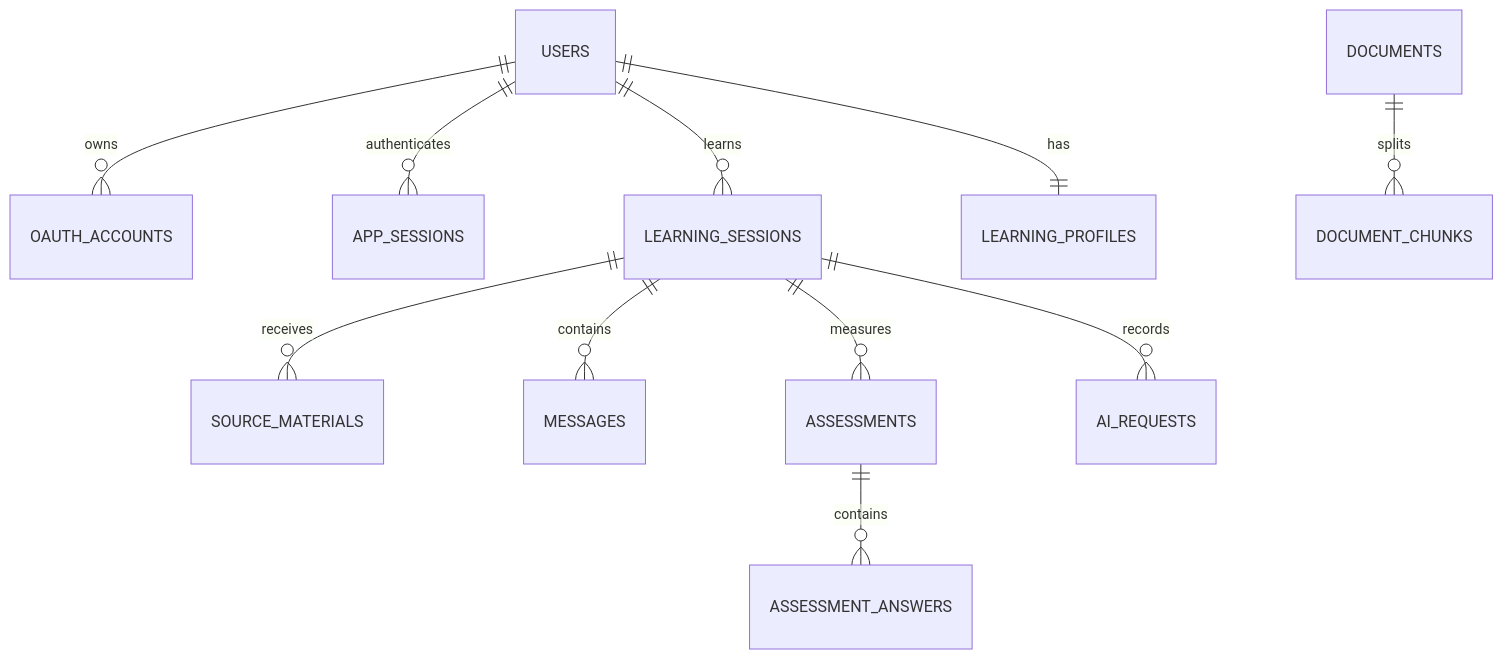
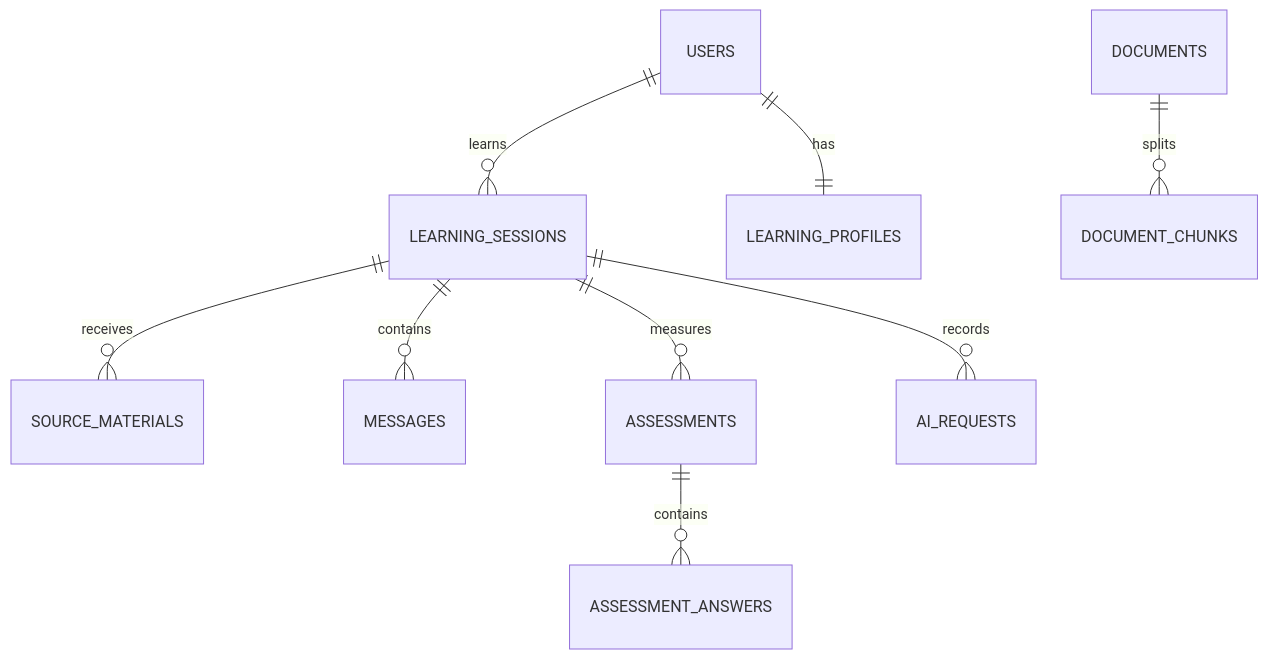
The diagram in docs/data-model.md (SteveJO789/LearnlyAi), drawn with Mermaid before and after one commit. The commit also changed other lines of this file, not shown here.

````diff
--- a/docs/data-model.md
+++ b/docs/data-model.md
@@ -5,13 +7,11 @@
 ```mermaid
 erDiagram
-    USERS ||--o{ OAUTH_ACCOUNTS : owns
-    USERS ||--o{ APP_SESSIONS : authenticates
     USERS ||--o{ LEARNING_SESSIONS : learns
     LEARNING_SESSIONS ||--o{ SOURCE_MATERIALS : receives
     LEARNING_SESSIONS ||--o{ MESSAGES : contains
     LEARNING_SESSIONS ||--o{ ASSESSMENTS : measures
     ASSESSMENTS ||--o{ ASSESSMENT_ANSWERS : contains
     USERS ||--|| LEARNING_PROFILES : has
     DOCUMENTS ||--o{ DOCUMENT_CHUNKS : splits
     LEARNING_SESSIONS ||--o{ AI_REQUESTS : records
 ```
````
